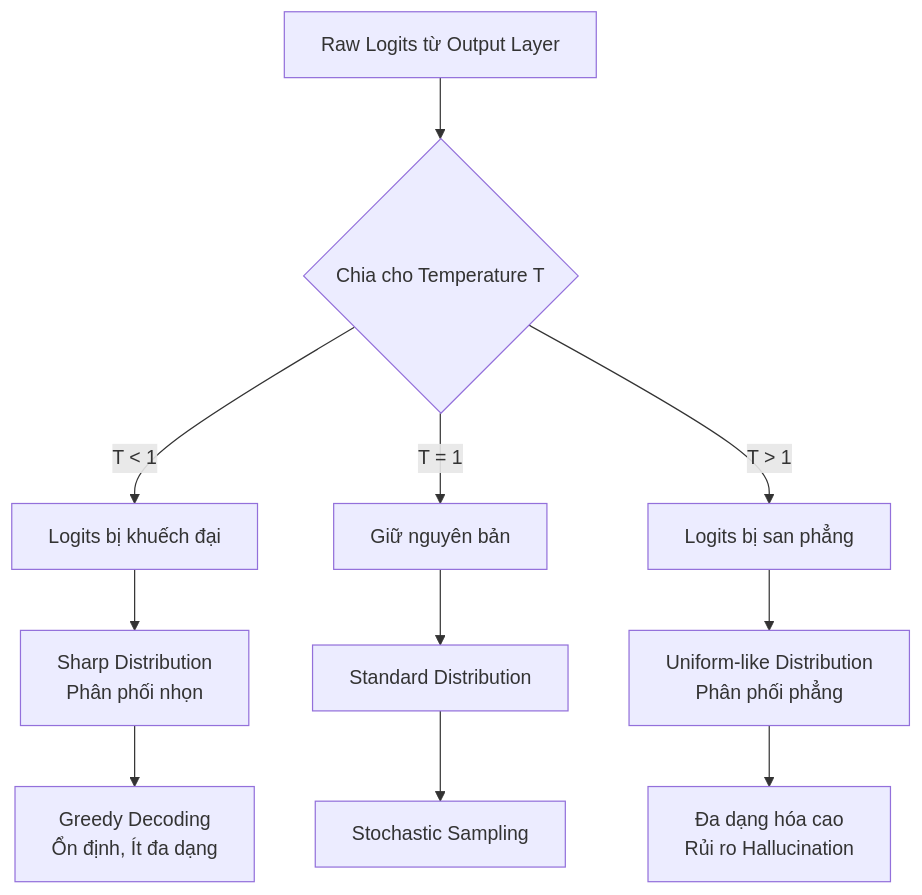
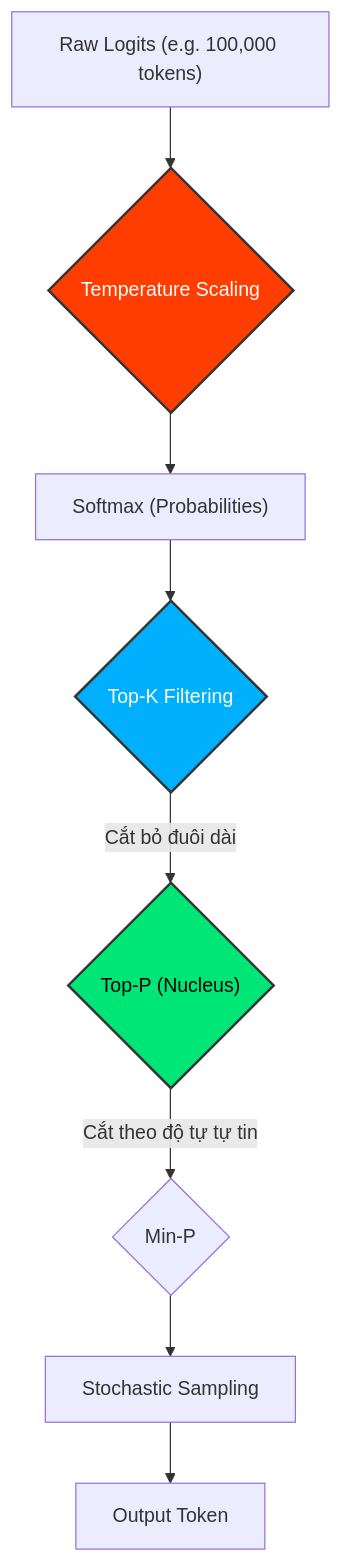
Before and after one commit to kythuatdulieu/kythuatdulieu.github.io: the diagram in src/content/docs/concepts/9-genai-machine-learning/temperature.md, drawn with Mermaid. The commit also changed other lines of this file and 228 other files, not shown here.

Commit message:
Fix syntax and rewrite 200+ concepts docs to deep-dive system architecture and add GA4 tracking to quiz app

````diff
--- a/src/content/docs/concepts/9-genai-machine-learning/temperature.md
+++ b/src/content/docs/concepts/9-genai-machine-learning/temperature.md
@@ -32,13 +38,14 @@
 ```mermaid
 graph TD
-    A["Raw Logits từ Output Layer"] --> B{Chia cho Temperature T}
-    B -->|T < 1| C["Logits bị khuếch đại"]
-    B -->|T = 1| D["Giữ nguyên bản"]
-    B -->|T > 1| E["Logits bị san phẳng"]
-    C --> F["Sharp Distribution <br> Phân phối nhọn"]
-    D --> G["Standard Distribution"]
-    E --> H["Uniform-like Distribution <br> Phân phối phẳng"]
-    F --> I["Greedy Decoding <br> Ổn định, Ít đa dạng"]
-    G --> J["Stochastic Sampling"]
-    H --> K["Đa dạng hóa cao <br> Rủi ro Hallucination"]
+    A["Raw Logits (e.g. 100,000 tokens)"] --> B{"Temperature Scaling"}
+    B --> C["Softmax (Probabilities)"]
+    C --> D{"Top-K Filtering"}
+    D -->|Cắt bỏ đuôi dài| E{"Top-P (Nucleus)"}
+    E -->|Cắt theo độ tự tự tin| F{"Min-P"}
+    F --> G["Stochastic Sampling"]
+    G --> H["Output Token"]
+    
+    style B fill:#FF3D00,stroke:#333,stroke-width:2px,color:#fff
+    style D fill:#00B0FF,stroke:#333,stroke-width:2px,color:#fff
+    style E fill:#00E676,stroke:#333,stroke-width:2px,color:#000
 ```
````
